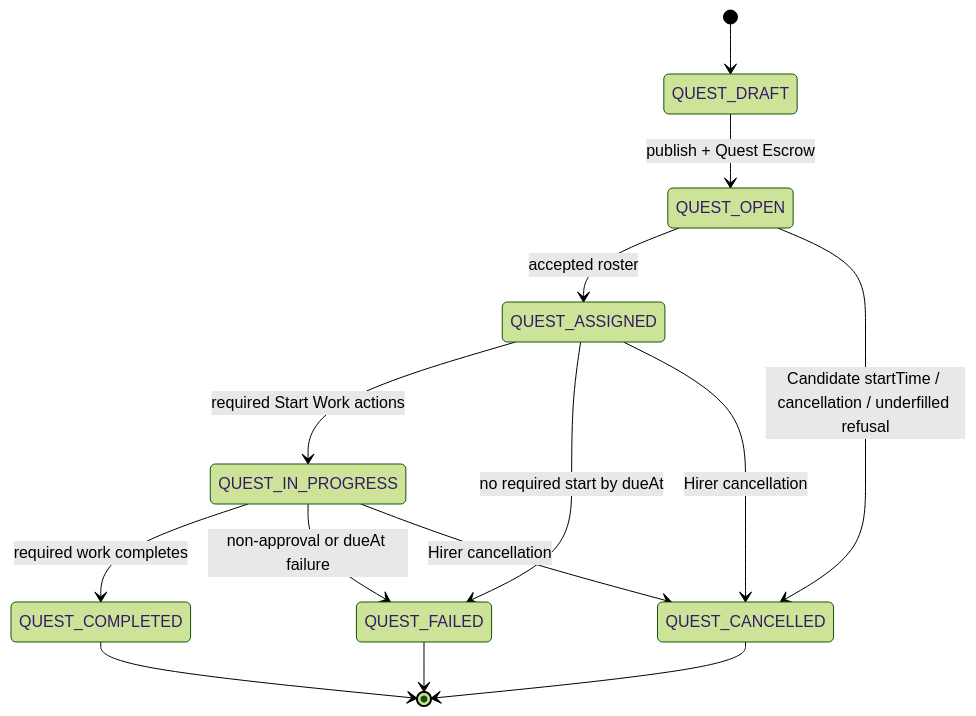
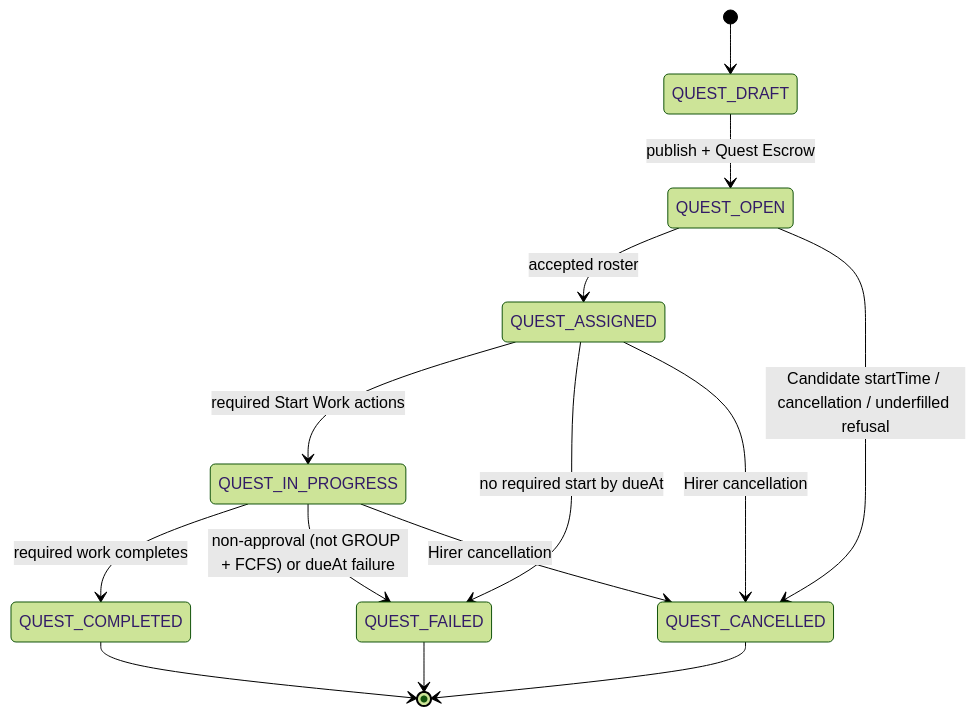
Before and after one commit to KUQuest/KUQuest-API-Server: the second of 4 diagrams in docs/reconciliation/quest-reconciliation.md, drawn with Mermaid (forest theme). The commit also changed 208 other files, not shown here.

````diff
--- a/docs/reconciliation/quest-reconciliation.md
+++ b/docs/reconciliation/quest-reconciliation.md
@@ -153,16 +153,16 @@
 ```mermaid
 stateDiagram-v2
     [*] --> QUEST_DRAFT
     QUEST_DRAFT --> QUEST_OPEN: publish + Quest Escrow
     QUEST_OPEN --> QUEST_ASSIGNED: accepted roster
     QUEST_ASSIGNED --> QUEST_IN_PROGRESS: required Start Work actions
     QUEST_ASSIGNED --> QUEST_FAILED: no required start by dueAt
     QUEST_IN_PROGRESS --> QUEST_COMPLETED: required work completes
-    QUEST_IN_PROGRESS --> QUEST_FAILED: non-approval or dueAt failure
+    QUEST_IN_PROGRESS --> QUEST_FAILED: non-approval (not GROUP + FCFS) or dueAt failure
     QUEST_OPEN --> QUEST_CANCELLED: Candidate startTime / cancellation / underfilled refusal
     QUEST_ASSIGNED --> QUEST_CANCELLED: Hirer cancellation
     QUEST_IN_PROGRESS --> QUEST_CANCELLED: Hirer cancellation
     QUEST_COMPLETED --> [*]
     QUEST_FAILED --> [*]
     QUEST_CANCELLED --> [*]
 ```
````
